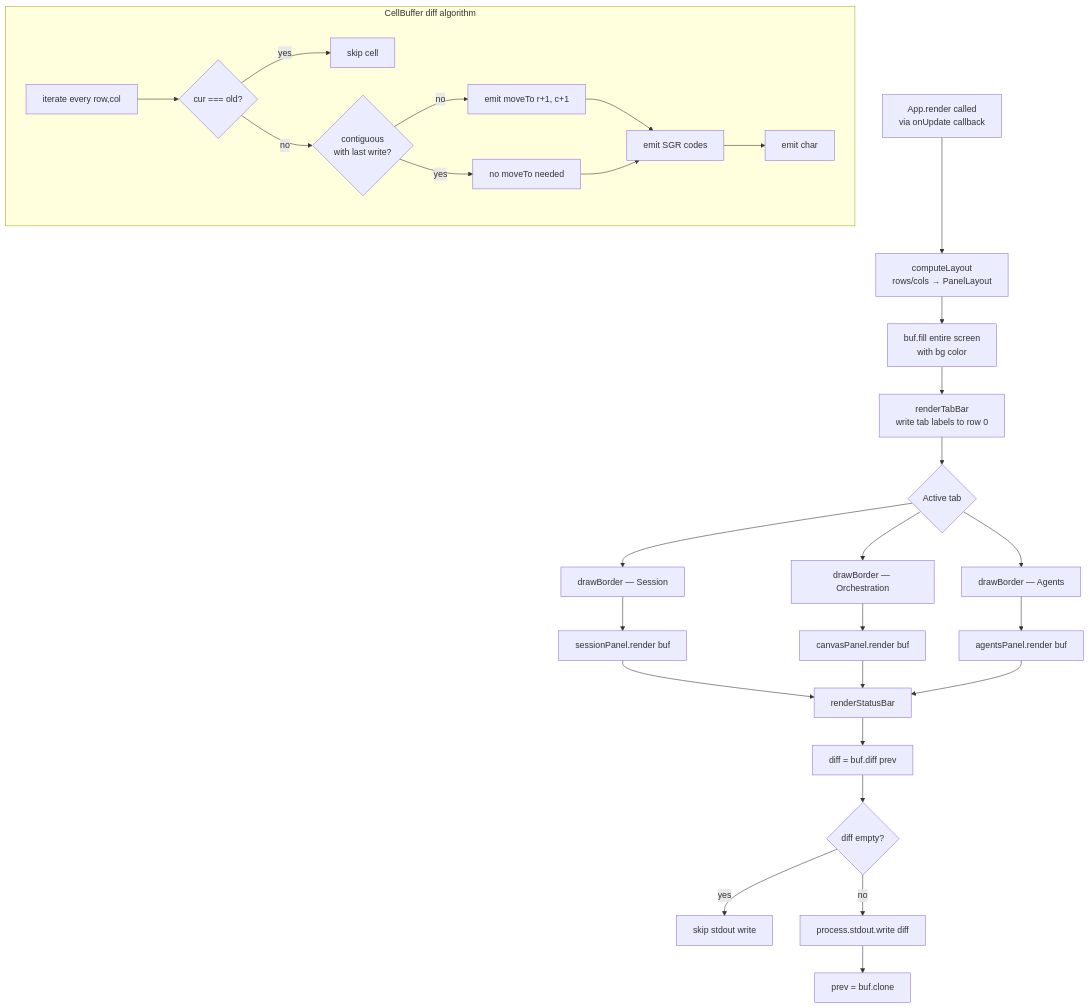
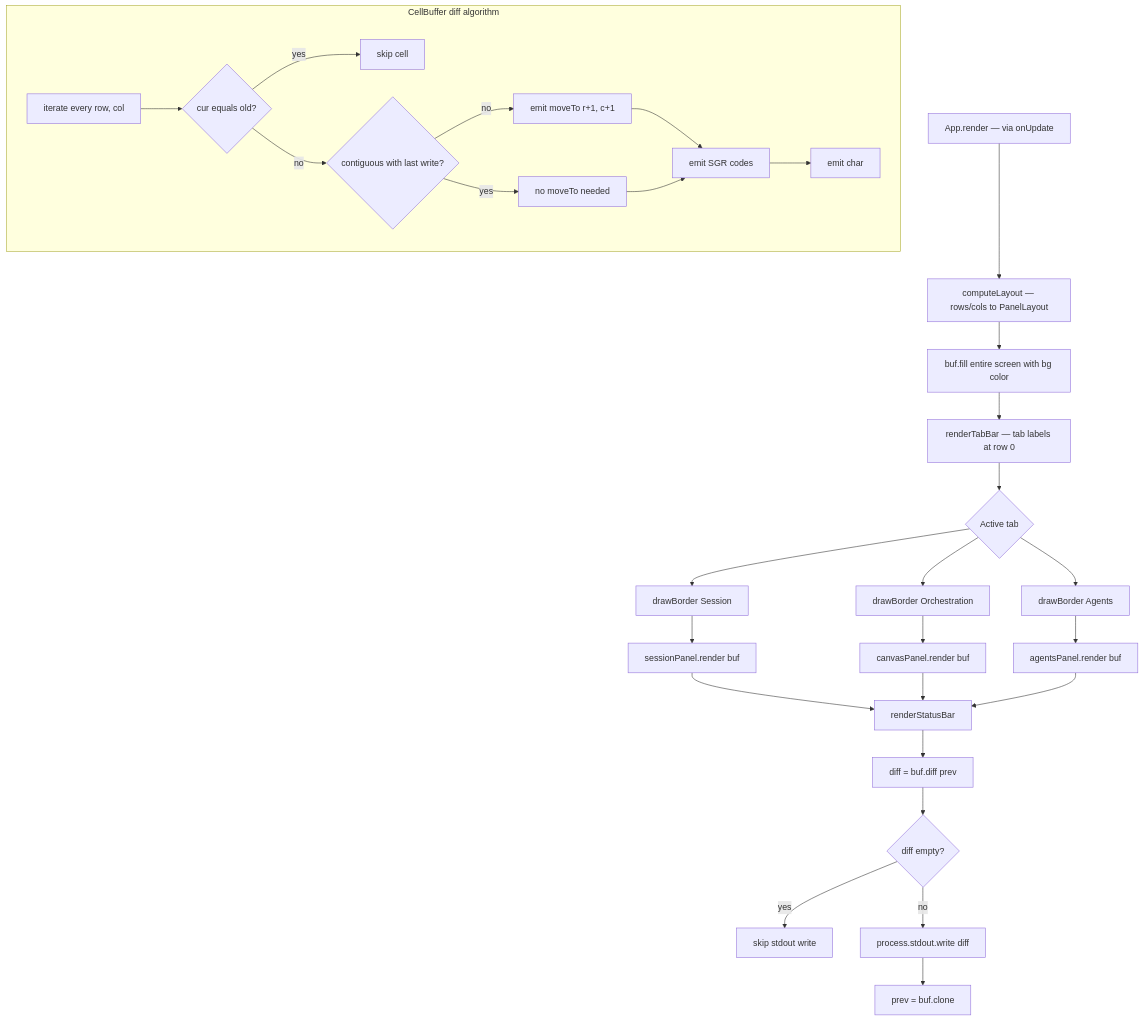
One commit to matheusmlopess/agentfactory-harness changed the third of 7 diagrams in docs/REVIEW-SECURITY-ARCHITECTURE.md. Above: the diagram before and after it, drawn with Mermaid. The commit also changed other lines of this file, not shown here.

First line of the commit message:
fix: repair all Mermaid parse errors in security review doc

````diff
--- a/docs/REVIEW-SECURITY-ARCHITECTURE.md
+++ b/docs/REVIEW-SECURITY-ARCHITECTURE.md
@@ -241,33 +240,33 @@
 ```mermaid
 flowchart TD
-  A[App.render called\nvia onUpdate callback] --> B[computeLayout\nrows/cols → PanelLayout]
-  B --> C[buf.fill entire screen\nwith bg color]
-  C --> D[renderTabBar\nwrite tab labels to row 0]
+  A["App.render — via onUpdate"] --> B["computeLayout — rows/cols to PanelLayout"]
+  B --> C["buf.fill entire screen with bg color"]
+  C --> D["renderTabBar — tab labels at row 0"]
   D --> E{Active tab}
-  E --> F[drawBorder — Session]
-  E --> G[drawBorder — Orchestration]
-  E --> H[drawBorder — Agents]
-  F --> I[sessionPanel.render buf]
-  G --> J[canvasPanel.render buf]
-  H --> K[agentsPanel.render buf]
-  I --> L[renderStatusBar]
+  E --> F["drawBorder Session"]
+  E --> G["drawBorder Orchestration"]
+  E --> H["drawBorder Agents"]
+  F --> I["sessionPanel.render buf"]
+  G --> J["canvasPanel.render buf"]
+  H --> K["agentsPanel.render buf"]
+  I --> L["renderStatusBar"]
   J --> L
   K --> L
-  L --> M[diff = buf.diff prev]
+  L --> M["diff = buf.diff prev"]
   M --> N{diff empty?}
-  N -->|yes| O[skip stdout write]
-  N -->|no| P[process.stdout.write diff]
-  P --> Q[prev = buf.clone]
+  N -->|yes| O["skip stdout write"]
+  N -->|no| P["process.stdout.write diff"]
+  P --> Q["prev = buf.clone"]
 
-  subgraph CellBuffer diff algorithm
-    R[iterate every row,col]
-    R --> S{cur === old?}
-    S -->|yes| T[skip cell]
-    S -->|no| U{contiguous\nwith last write?}
-    U -->|yes| V[no moveTo needed]
-    U -->|no| W[emit moveTo r+1, c+1]
-    W --> X[emit SGR codes]
-    X --> Y[emit char]
+  subgraph diffAlgo["CellBuffer diff algorithm"]
+    R["iterate every row, col"]
+    R --> S{cur equals old?}
+    S -->|yes| T["skip cell"]
+    S -->|no| U{contiguous with last write?}
+    U -->|yes| V["no moveTo needed"]
+    U -->|no| W["emit moveTo r+1, c+1"]
+    W --> X["emit SGR codes"]
+    X --> Y["emit char"]
     V --> X
   end
 ```
````
